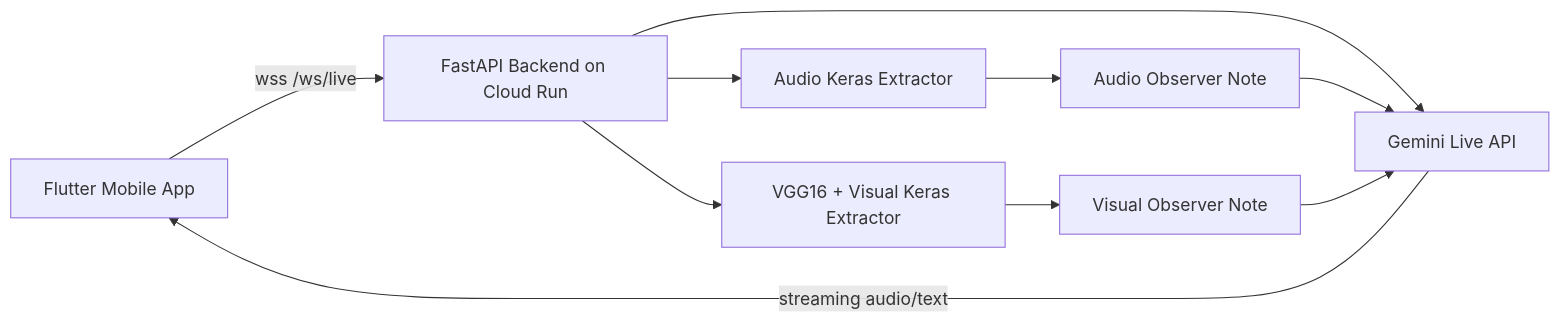
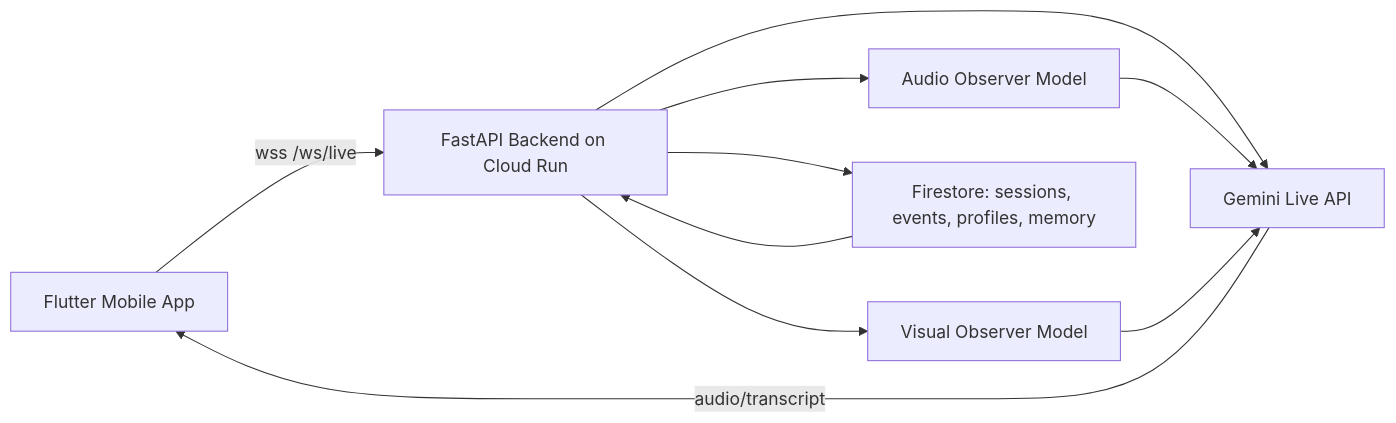
Before and after one commit to Psianturi/neuro-decode: the diagram in README.md, drawn with Mermaid. The commit also changed other lines of this file and 1 other file, not shown here.

````diff
--- a/README.md
+++ b/README.md
@@ -33,12 +39,12 @@
 ```mermaid
 flowchart LR
     A[Flutter Mobile App] -->|wss /ws/live| B[FastAPI Backend on Cloud Run]
     B --> C[Gemini Live API]
-    B --> D[Audio Keras Extractor]
-    B --> E[VGG16 + Visual Keras Extractor]
-    D --> F[Audio Observer Note]
-    E --> G[Visual Observer Note]
-    F --> C
-    G --> C
-    C -->|streaming audio/text| A
+    B --> D[Audio Observer Model]
+    B --> E[Visual Observer Model]
+    B --> F[Firestore: sessions, events, profiles, memory]
+    D --> C
+    E --> C
+    F --> B
+    C -->|audio/transcript| A
 ```
````
